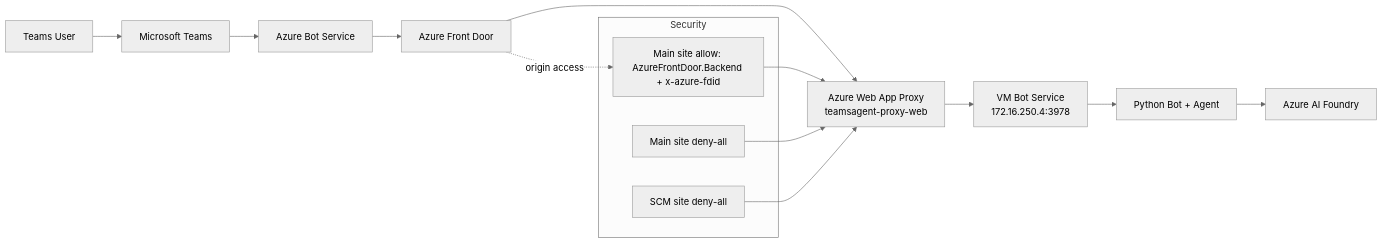
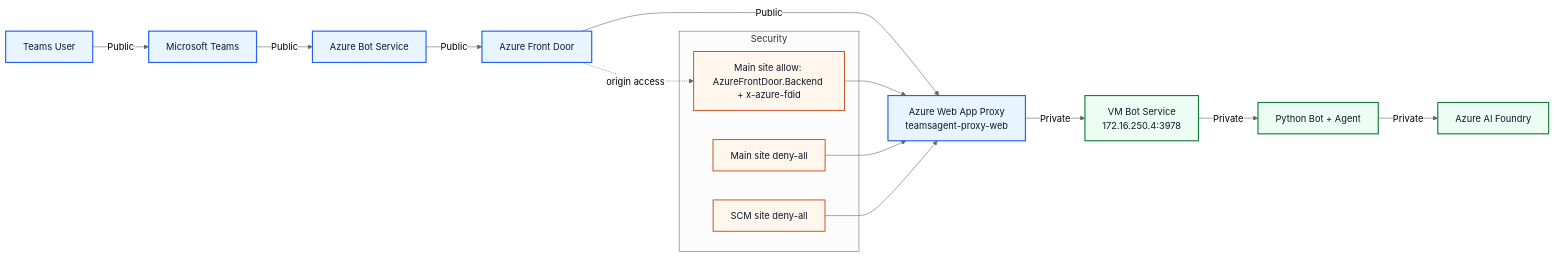
One commit to gaussye/teams-app changed the first of 2 diagrams in README.md. Above: the diagram before and after it, drawn with Mermaid (neutral theme). The commit also changed other lines of this file, not shown here.

Commit message:
docs: refine architecture flow diagram grouping

````diff
--- a/README.md
+++ b/README.md
@@ -22,21 +22,28 @@
 ```mermaid
 flowchart LR
-    U[Teams User] --> T[Microsoft Teams]
-    T --> B[Azure Bot Service]
-    B --> D[Azure Front Door]
-    D --> P[Azure Web App Proxy\nteamsagent-proxy-web]
-    P --> V[VM Bot Service\n172.16.250.4:3978]
-    V --> G[Python Bot + Agent]
-    G --> F[Azure AI Foundry]
+  U[Teams User] -->|Public| T[Microsoft Teams]
+  T -->|Public| B[Azure Bot Service]
+  B -->|Public| D[Azure Front Door]
+  D -->|Public| P[Azure Web App Proxy\nteamsagent-proxy-web]
+  P -->|Private| V[VM Bot Service\n172.16.250.4:3978]
+  V -->|Private| G[Python Bot + Agent]
+  G -->|Private| F[Azure AI Foundry]
 
     subgraph Security
       S1[Main site allow: AzureFrontDoor.Backend + x-azure-fdid]
       S2[Main site deny-all]
       S3[SCM site deny-all]
     end
 
     D -. origin access .-> S1
     S1 --> P
     S2 --> P
     S3 --> P
+
+    classDef publicNode fill:#e8f4ff,stroke:#2563eb,stroke-width:2px,color:#0f172a;
+    classDef privateNode fill:#ecfdf3,stroke:#15803d,stroke-width:2px,color:#0f172a;
+    classDef securityNode fill:#fff7ed,stroke:#c2410c,stroke-width:1.5px,color:#0f172a;
+    class U,T,B,D,P publicNode;
+    class V,G,F privateNode;
+    class S1,S2,S3 securityNode;
 ```
````
